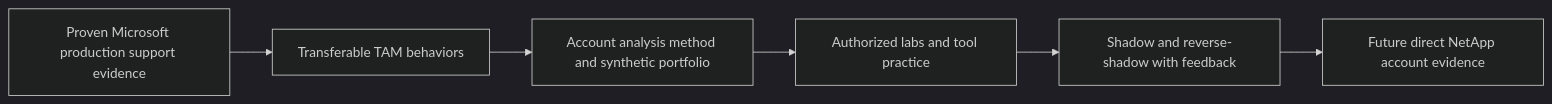
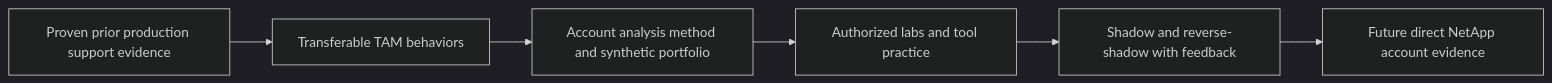
Diagram 16 of 17 in NetApp TAM/prep/Part-01-role-map-netapp-tam-story.md (hichauhan-in/Interview-Prep), drawn with Mermaid (dark theme) before and after one commit. The commit also changed other lines of this file and 493 other files, not shown here.

````diff
--- a/NetApp TAM/prep/Part-01-role-map-netapp-tam-story.md
+++ b/NetApp TAM/prep/Part-01-role-map-netapp-tam-story.md
@@ -767,8 +767,8 @@
 ```mermaid
 flowchart LR
-    PROD[Proven Microsoft production support evidence] --> TRANSFER[Transferable TAM behaviors]
+    PROD[Proven prior production support evidence] --> TRANSFER[Transferable TAM behaviors]
     TRANSFER --> METHOD[Account analysis method and synthetic portfolio]
     METHOD --> LAB[Authorized labs and tool practice]
     LAB --> SHADOW[Shadow and reverse-shadow with feedback]
     SHADOW --> DIRECT[Future direct NetApp account evidence]
 ```
````
